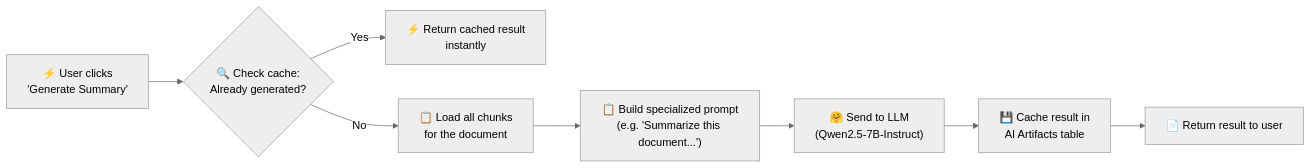
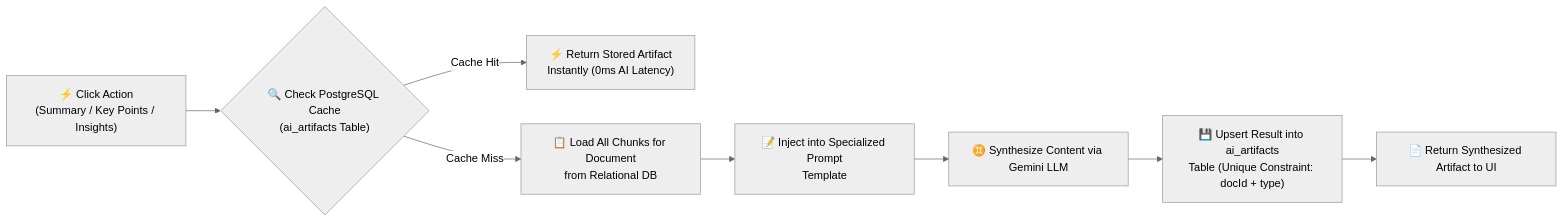
One commit to harsh18082001/ai-pdf-intelligence changed the fourth of 6 diagrams in README.md. Above: the diagram before and after it, drawn with Mermaid (neutral theme). The commit also changed other lines of this file and 50 other files, not shown here.

````diff
--- a/README.md
+++ b/README.md
@@ -104,10 +132,10 @@
 ```mermaid
 flowchart LR
-    A["⚡ User clicks\n'Generate Summary'"] --> B{"🔍 Check cache:\nAlready generated?"}
-    B -- Yes --> C["⚡ Return cached result\ninstantly"]
-    B -- No --> D["📋 Load all chunks\nfor the document"]
-    D --> E["📋 Build specialized prompt\n(e.g. 'Summarize this document...')"]
-    E --> F["🤗 Send to LLM\n(Qwen2.5-7B-Instruct)"]
-    F --> G["💾 Cache result in\nAI Artifacts table"]
-    G --> H["📄 Return result to user"]
+    A["⚡ Click Action\n(Summary / Key Points / Insights)"] --> B{"🔍 Check PostgreSQL Cache\n(ai_artifacts Table)"}
+    B -- Cache Hit --> C["⚡ Return Stored Artifact\nInstantly (0ms AI Latency)"]
+    B -- Cache Miss --> D["📋 Load All Chunks for Document\nfrom Relational DB"]
+    D --> E["📝 Inject into Specialized Prompt\nTemplate"]
+    E --> F["♊ Synthesize Content via Gemini LLM"]
+    F --> G["💾 Upsert Result into ai_artifacts\nTable (Unique Constraint: docId + type)"]
+    G --> H["📄 Return Synthesized Artifact to UI"]
 ```
````
